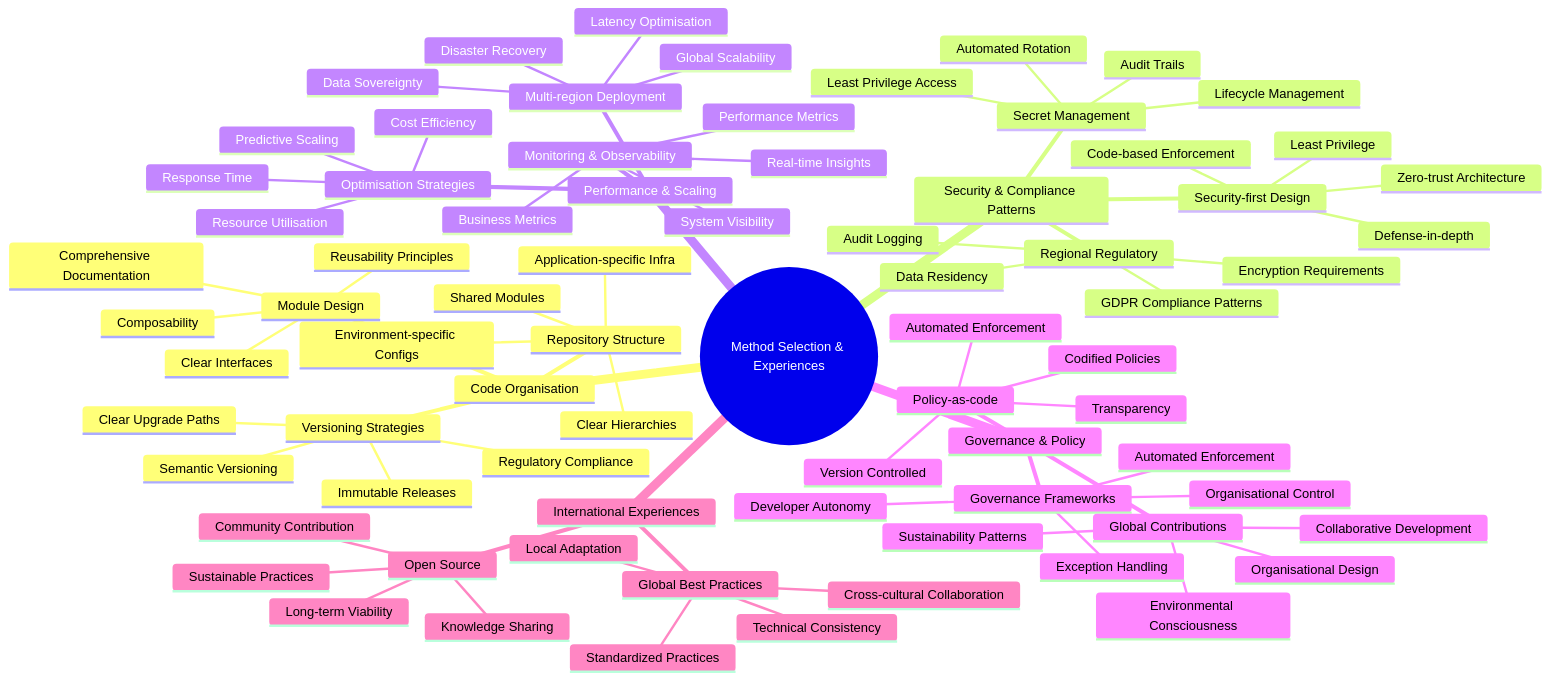
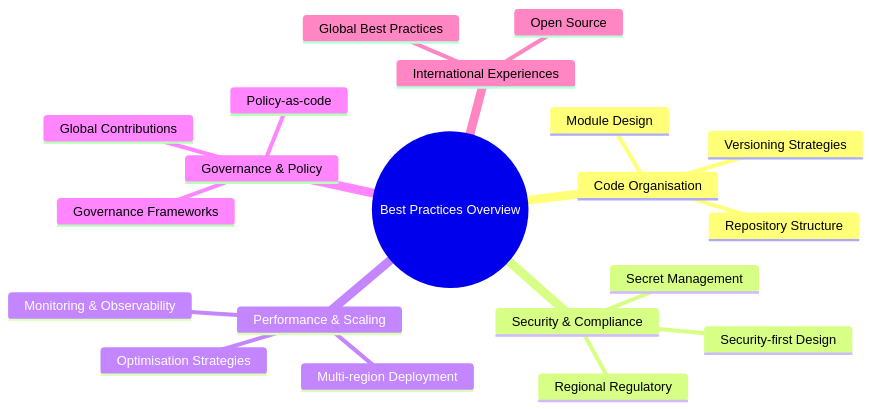
Before and after one commit to Geonitab/architecture_as_code: the diagram in docs/images/mindmap_22_best_practices.mmd, drawn with Mermaid. The commit also changed 11 other files, not shown here.

First line of the commit message:
Simplify overly complex diagrams for better readability

```diff
--- a/docs/images/mindmap_22_best_practices.mmd
+++ b/docs/images/mindmap_22_best_practices.mmd
@@ -1,78 +1,21 @@
-%%{init: {"theme": "base", "themeVariables": {"primaryColor": "#1E3A8A", "primaryTextColor": "#F8FAFC", "secondaryColor": "#2563EB", "tertiaryColor": "#BFDBFE", "background": "#F8FAFF", "lineColor": "#1E3A8A", "textColor": "#0F172A", "fontFamily": "Inter, 'Segoe UI', sans-serif", "mindmapBranchColor": "#1E3A8A", "mindmapLeafColor": "#2563EB"}}}%%
 mindmap
-  root((Method Selection & Experiences))
+  root((Best Practices Overview))
     Code Organisation
       Repository Structure
-        Shared Modules
-        Environment-specific Configs
-        Application-specific Infra
-        Clear Hierarchies
       Module Design
-        Reusability Principles
-        Composability
-        Clear Interfaces
-        Comprehensive Documentation
       Versioning Strategies
-        Semantic Versioning
-        Immutable Releases
-        Clear Upgrade Paths
-        Regulatory Compliance
-    Security & Compliance Patterns
+    Security & Compliance
       Security-first Design
-        Defense-in-depth
-        Least Privilege
-        Zero-trust Architecture
-        Code-based Enforcement
       Regional Regulatory
-        GDPR Compliance Patterns
-        Data Residency
-        Encryption Requirements
-        Audit Logging
       Secret Management
-        Automated Rotation
-        Audit Trails
-        Least Privilege Access
-        Lifecycle Management
     Performance & Scaling
       Optimisation Strategies
-        Cost Efficiency
-        Resource Utilisation
-        Response Time
-        Predictive Scaling
       Multi-region Deployment
-        Global Scalability
-        Data Sovereignty
-        Latency Optimisation
-        Disaster Recovery
       Monitoring & Observability
-        System Visibility
-        Real-time Insights
-        Performance Metrics
-        Business Metrics
     Governance & Policy
       Governance Frameworks
-        Developer Autonomy
-        Organisational Control
-        Automated Enforcement
-        Exception Handling
       Policy-as-code
-        Codified Policies
-        Version Controlled
-        Automated Enforcement
-        Transparency
       Global Contributions
-        Organisational Design
-        Environmental Consciousness
-        Collaborative Development
-        Sustainability Patterns
     International Experiences
       Global Best Practices
-        Cross-cultural Collaboration
-        Technical Consistency
-        Local Adaptation
-        Standardized Practices
       Open Source
-        Community Contribution
-        Knowledge Sharing
-        Sustainable Practices
-        Long-term Viability
```
